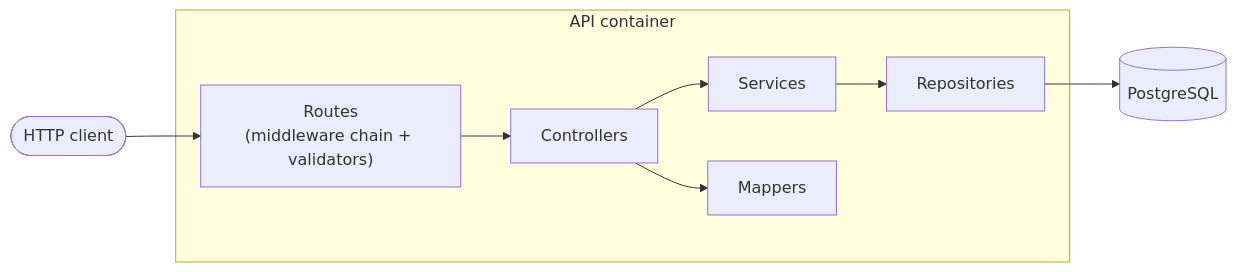
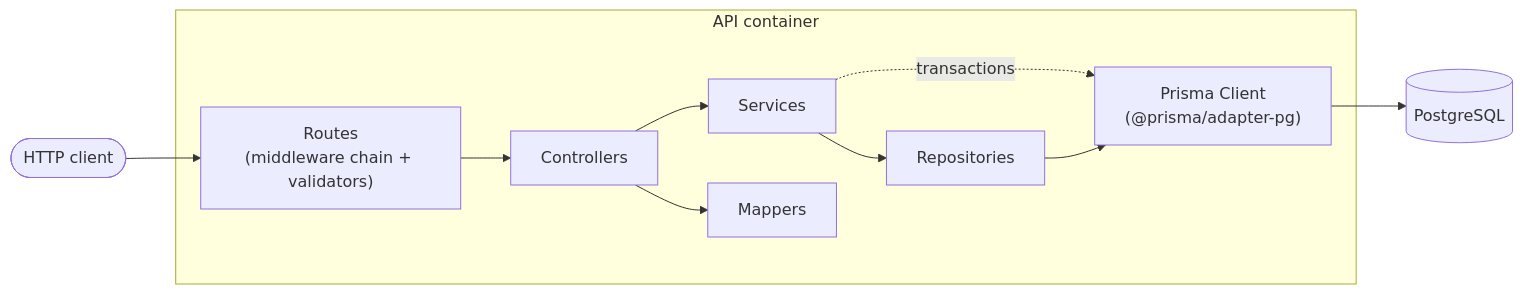
Before and after one commit to s30206/js-api: the first of 3 diagrams in README.md, drawn with Mermaid. The commit also changed other lines of this file, not shown here.

````diff
--- a/README.md
+++ b/README.md
@@ -68,11 +68,13 @@
 ```mermaid
 flowchart LR
     Client([HTTP client]) --> Routes
     subgraph API container
         Routes["Routes<br/>(middleware chain + validators)"] --> Controllers
         Controllers --> Services
         Controllers --> Mappers
         Services --> Repositories
+        Services -. "transactions" .-> Prisma
+        Repositories --> Prisma["Prisma Client<br/>(@prisma/adapter-pg)"]
     end
-    Repositories --> DB[(PostgreSQL)]
+    Prisma --> DB[(PostgreSQL)]
 ```
````
